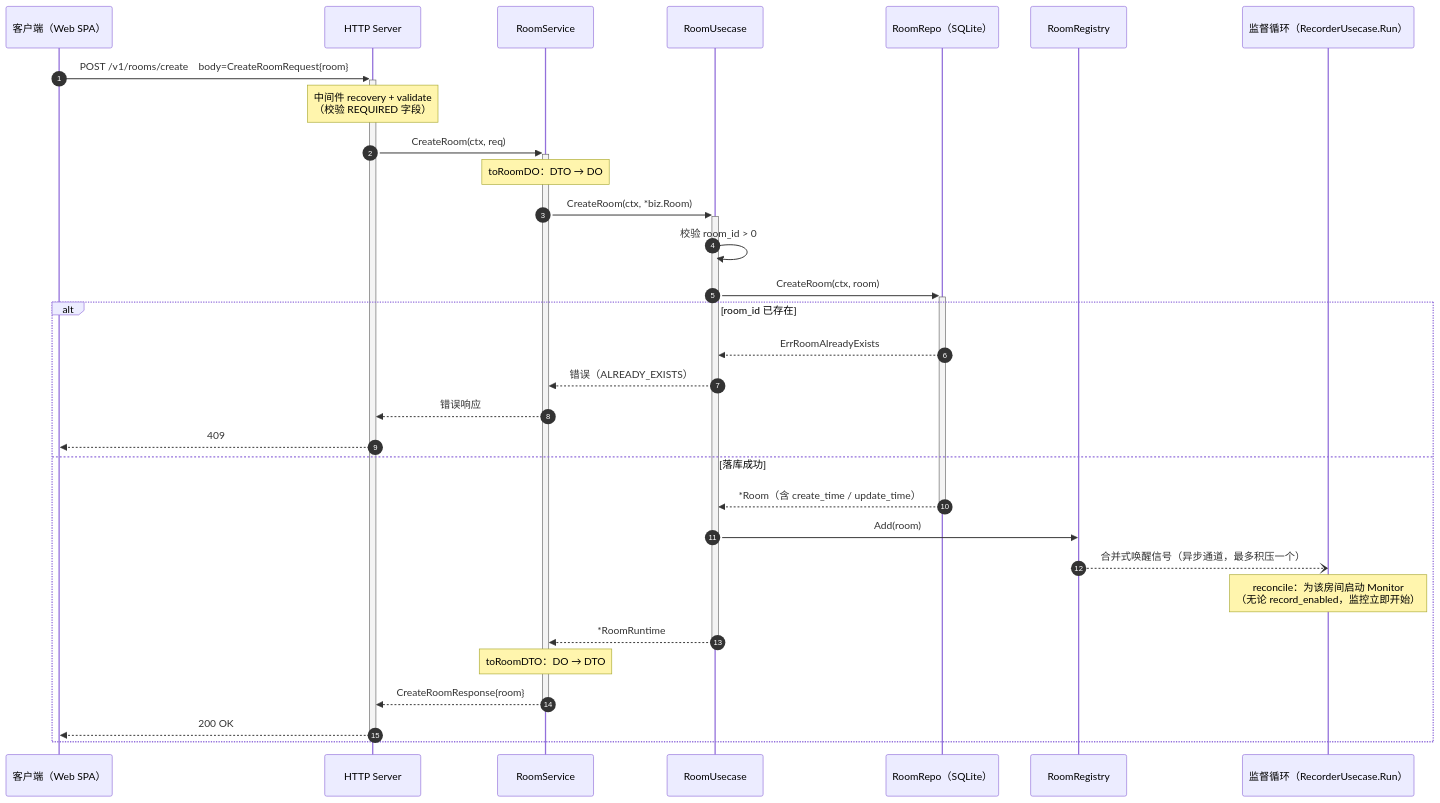
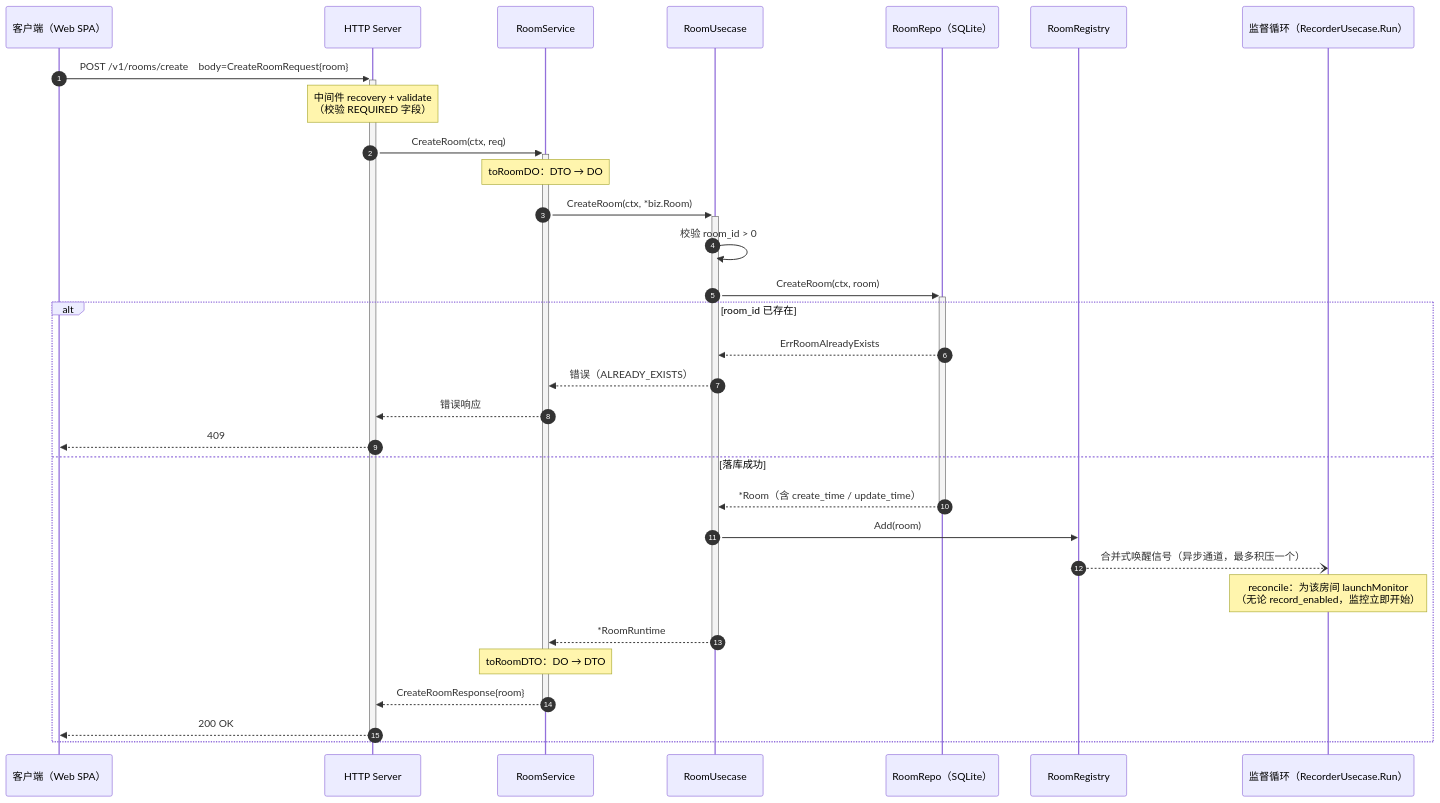
The third of 10 diagrams in docs/design/architecture-diagrams.md (xgbt/suika), drawn with Mermaid before and after one commit. The commit also changed other lines of this file and 4 other files, not shown here.

````diff
--- a/docs/design/architecture-diagrams.md
+++ b/docs/design/architecture-diagrams.md
@@ -159,34 +157,34 @@
 ```mermaid
 sequenceDiagram
     autonumber
     participant C as 客户端（Web SPA）
     participant H as HTTP Server
     participant S as RoomService
     participant U as RoomUsecase
     participant R as RoomRepo（SQLite）
     participant G as RoomRegistry
     participant D as 监督循环（RecorderUsecase.Run）
 
     C->>+H: POST /v1/rooms/create　body=CreateRoomRequest{room}
     Note over H: 中间件 recovery + validate<br/>（校验 REQUIRED 字段）
     H->>+S: CreateRoom(ctx, req)
     Note over S: toRoomDO：DTO → DO
     S->>+U: CreateRoom(ctx, *biz.Room)
     U->>U: 校验 room_id > 0
     U->>+R: CreateRoom(ctx, room)
     alt room_id 已存在
         R-->>U: ErrRoomAlreadyExists
         U-->>S: 错误（ALREADY_EXISTS）
         S-->>H: 错误响应
         H-->>C: 409
     else 落库成功
         R-->>-U: *Room（含 create_time / update_time）
         U->>G: Add(room)
         G--)D: 合并式唤醒信号（异步通道，最多积压一个）
-        Note over D: reconcile：为该房间启动 Monitor<br/>（无论 record_enabled，监控立即开始）
+        Note over D: reconcile：为该房间 launchMonitor<br/>（无论 record_enabled，监控立即开始）
         U-->>-S: *RoomRuntime
         Note over S: toRoomDTO：DO → DTO
         S-->>-H: CreateRoomResponse{room}
         H-->>-C: 200 OK
     end
 ```
````
